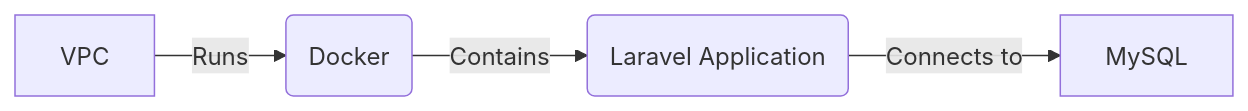
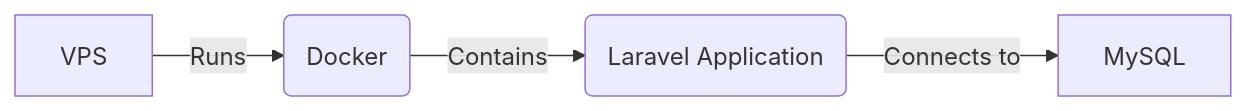
One commit to SystemEngineeringTeam/tenno-hai-front changed the first of 2 diagrams in README.md. Above: the diagram before and after it, drawn with Mermaid.

Commit message:
typo: VPC -> VPS

````diff
--- a/README.md
+++ b/README.md
@@ -43,6 +43,6 @@
 ```mermaid
 graph LR
-A[VPC] -- Runs --> B(Docker)
+A[VPS] -- Runs --> B(Docker)
 B -- Contains --> C(Laravel Application)
 C -- Connects to --> D[MySQL]
 ```
````
